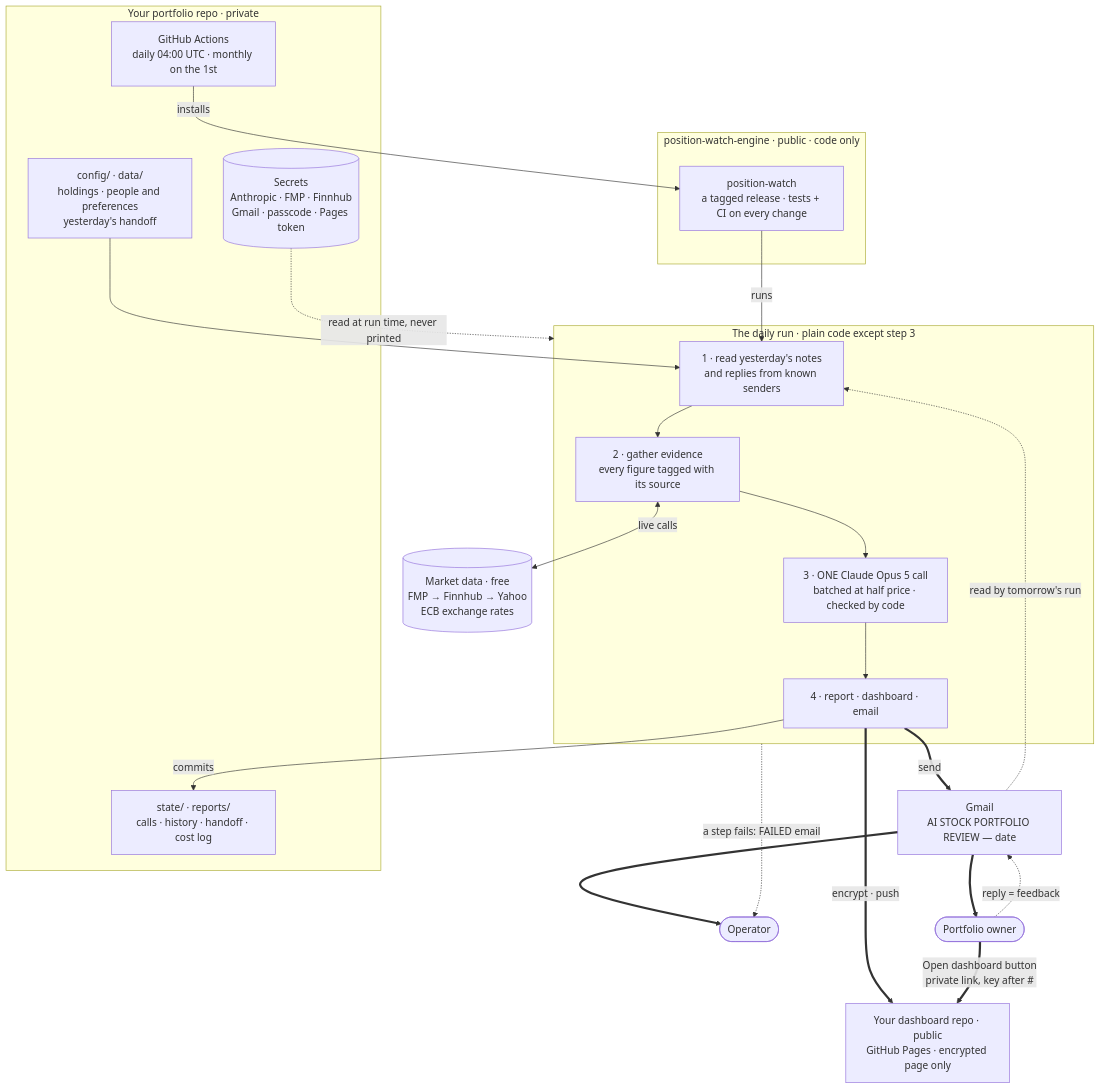
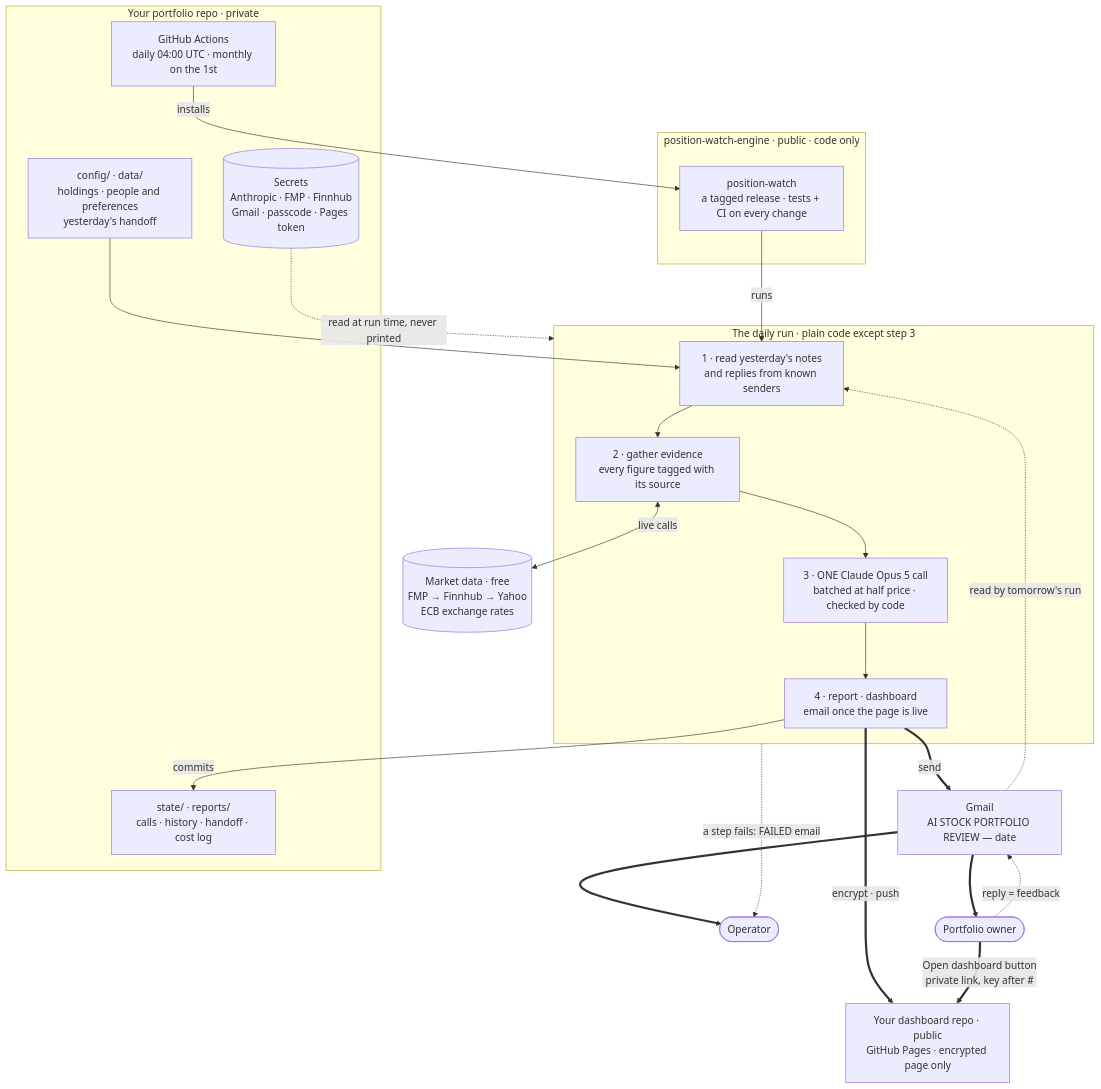
The first of 3 diagrams in docs/architecture.md (alexdiehl0/position-watch-engine), drawn with Mermaid before and after one commit. The commit also changed other lines of this file and 5 other files, not shown here.

First line of the commit message:
Send the email only once today's dashboard is live

````diff
--- a/docs/architecture.md
+++ b/docs/architecture.md
@@ -9,41 +9,41 @@
 ```mermaid
 flowchart TB
   subgraph ENGINE["position-watch-engine · public · code only"]
     PKG["position-watch<br/>a tagged release · tests + CI on every change"]
   end
 
   subgraph REPO["Your portfolio repo · private"]
     CRON["GitHub Actions<br/>daily 04:00 UTC · monthly on the 1st"]
     SEC[("Secrets<br/>Anthropic · FMP · Finnhub<br/>Gmail · passcode · Pages token")]
     IN["config/ · data/<br/>holdings · people and preferences<br/>yesterday's handoff"]
     OUT["state/ · reports/<br/>calls · history · handoff · cost log"]
   end
 
   subgraph RUN["The daily run · plain code except step 3"]
     S1["1 · read yesterday's notes<br/>and replies from known senders"]
     S2["2 · gather evidence<br/>every figure tagged with its source"]
     S3["3 · ONE Claude Opus 5 call<br/>batched at half price · checked by code"]
-    S4["4 · report · dashboard · email"]
+    S4["4 · report · dashboard<br/>email once the page is live"]
     S1 --> S2 --> S3 --> S4
   end
 
   MK[("Market data · free<br/>FMP → Finnhub → Yahoo<br/>ECB exchange rates")]
   PAGES["Your dashboard repo · public<br/>GitHub Pages · encrypted page only"]
   MAIL["Gmail<br/>AI STOCK PORTFOLIO REVIEW — date"]
   OP(["Operator"])
   OWN(["Portfolio owner"])
 
   CRON -->|"installs"| PKG
   PKG -->|"runs"| S1
   SEC -.->|"read at run time, never printed"| RUN
   IN --> S1
   S2 <-->|"live calls"| MK
   S4 -->|"commits"| OUT
   S4 ==>|"encrypt · push"| PAGES
   S4 ==>|"send"| MAIL
   MAIL ==> OP & OWN
   OWN ==>|"Open dashboard button<br/>private link, key after #"| PAGES
   OWN -.->|"reply = feedback"| MAIL
   MAIL -.->|"read by tomorrow's run"| S1
   RUN -.->|"a step fails: FAILED email"| OP
 ```
````
